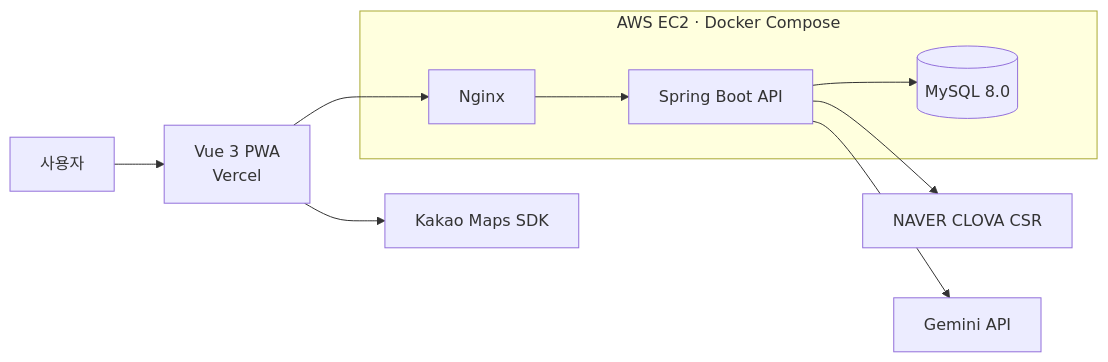
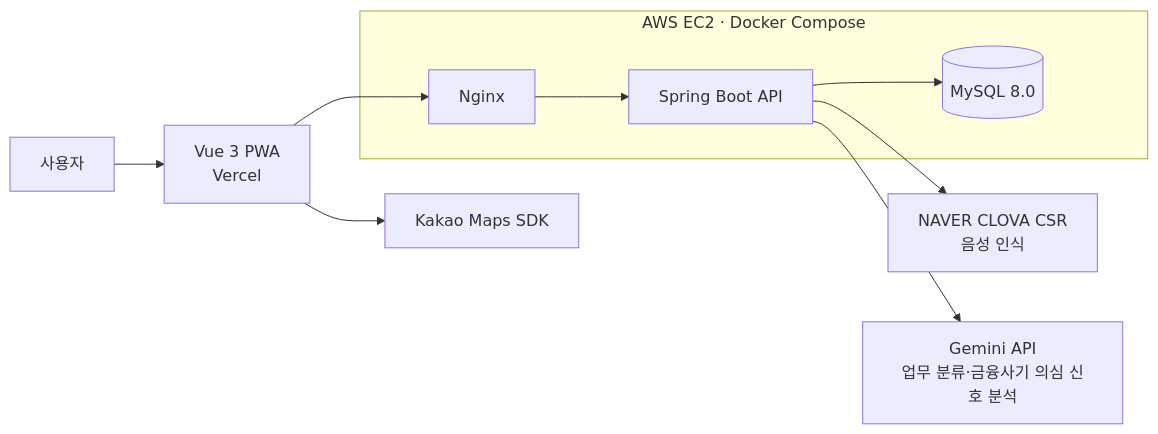
The second of 2 diagrams in profile/README.md (eobuba-official/.github), drawn with Mermaid before and after one commit. The commit also changed other lines of this file, not shown here.

````diff
--- a/profile/README.md
+++ b/profile/README.md
@@ -108,14 +123,14 @@
 ```mermaid
 flowchart LR
     U["사용자"] --> FE["Vue 3 PWA<br/>Vercel"]
     FE --> MAP["Kakao Maps SDK"]
     FE --> NGINX
 
     subgraph EC2["AWS EC2 · Docker Compose"]
         NGINX["Nginx"] --> API["Spring Boot API"]
         API --> DB[("MySQL 8.0")]
     end
 
-    API --> STT["NAVER CLOVA CSR"]
-    API --> AI["Gemini API"]
+    API --> STT["NAVER CLOVA CSR<br/>음성 인식"]
+    API --> AI["Gemini API<br/>업무 분류·금융사기 의심 신호 분석"]
 ```
````
